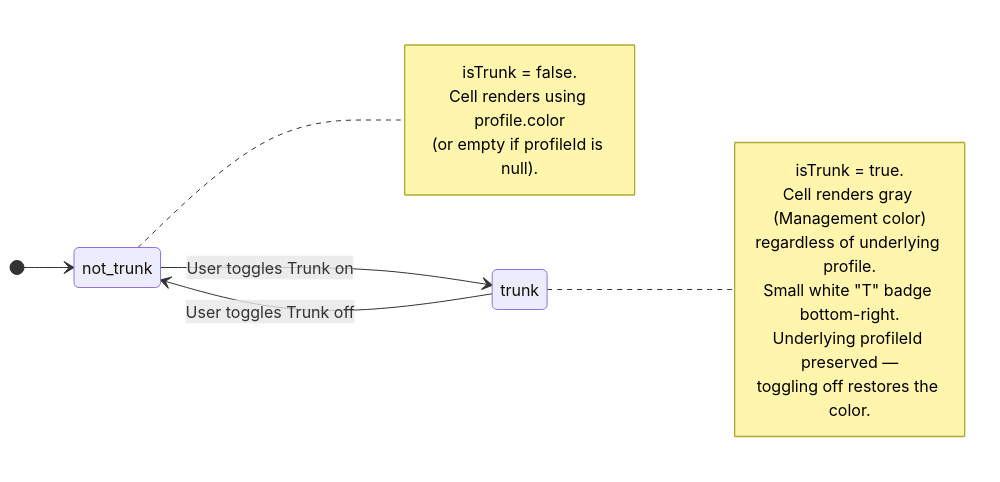
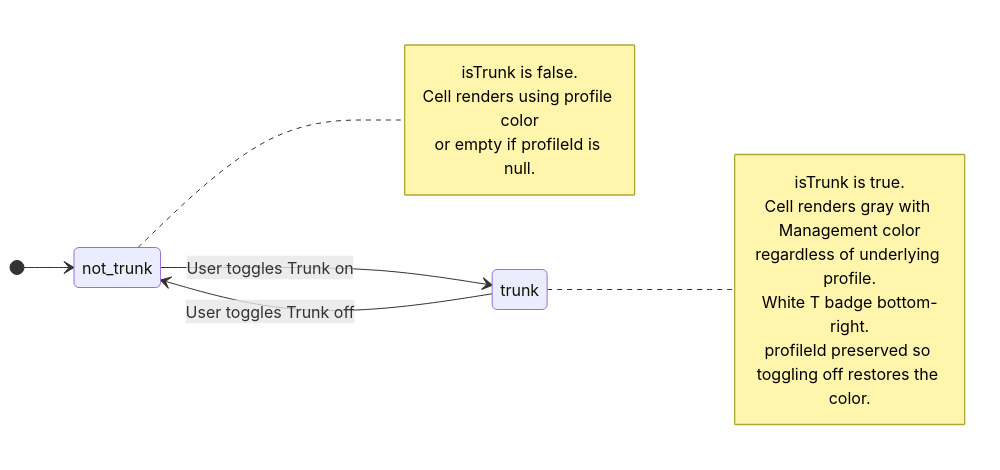
One commit to jimmfxr/versacom-app changed diagram 12 of 12 in docs/uml-state-diagrams.md. Above: the diagram before and after it, drawn with Mermaid. The commit also changed other lines of this file and 2 other files, not shown here.

First line of the commit message:
Docs: fix Mermaid syntax in RackSlot lifecycle + SwitchPort state diagrams

````diff
--- a/docs/uml-state-diagrams.md
+++ b/docs/uml-state-diagrams.md
@@ -478,24 +477,23 @@
 ```mermaid
 stateDiagram-v2
     direction LR
 
     [*] --> not_trunk
 
     not_trunk --> trunk : User toggles Trunk on
     trunk --> not_trunk : User toggles Trunk off
 
     note right of not_trunk
-        isTrunk = false.
-        Cell renders using profile.color
-        (or empty if profileId is null).
+        isTrunk is false.
+        Cell renders using profile color
+        or empty if profileId is null.
     end note
 
     note right of trunk
-        isTrunk = true.
-        Cell renders gray (Management color)
+        isTrunk is true.
+        Cell renders gray with Management color
         regardless of underlying profile.
-        Small white "T" badge bottom-right.
-        Underlying profileId preserved —
-        toggling off restores the color.
+        White T badge bottom-right.
+        profileId preserved so toggling off restores the color.
     end note
 ```
````
